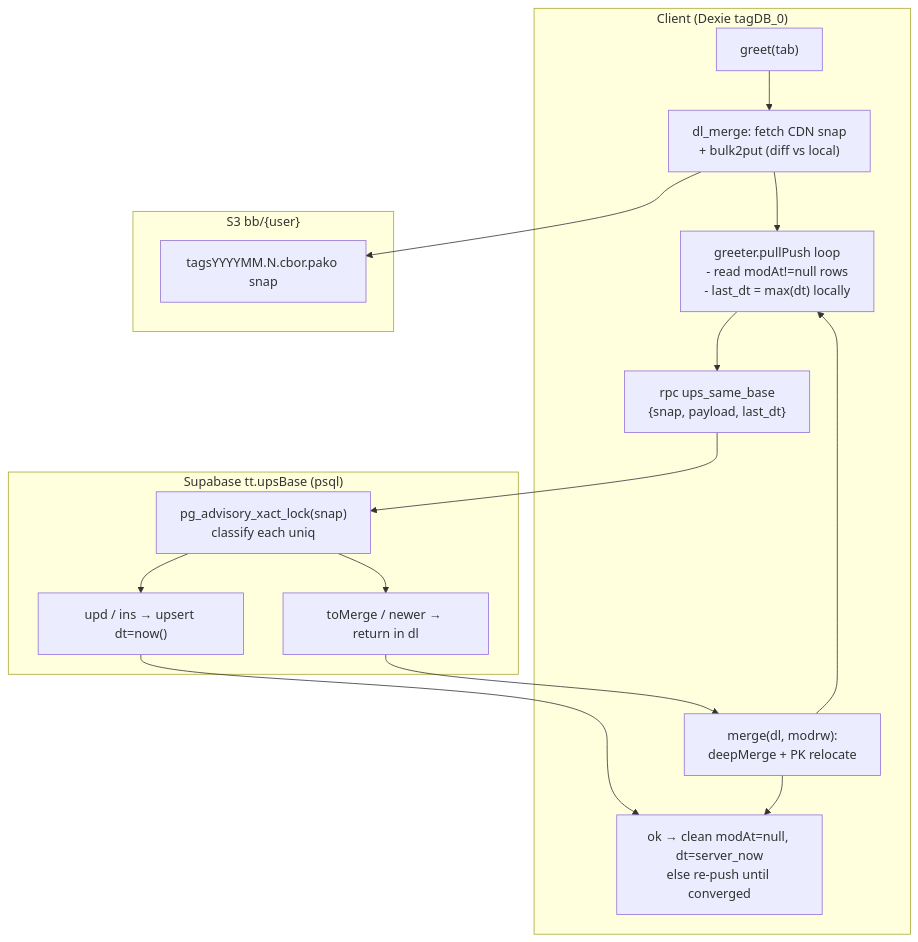
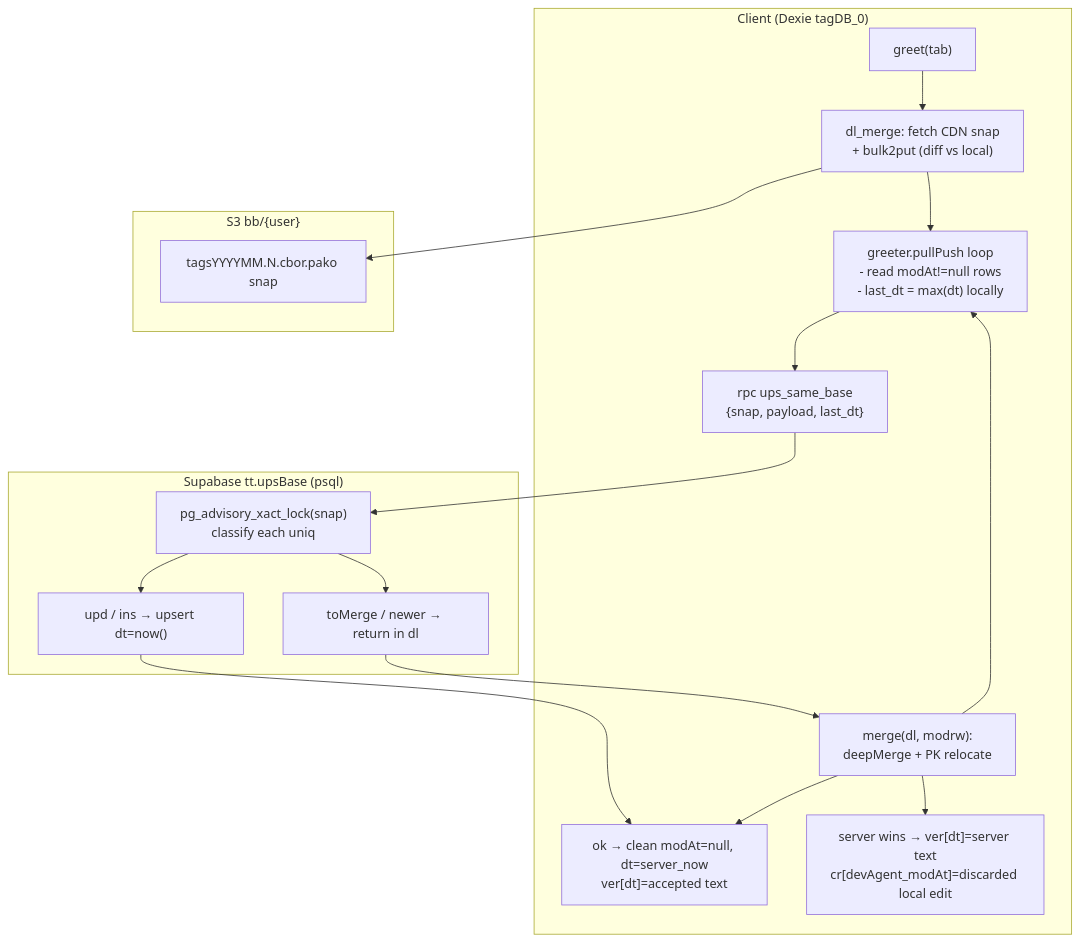
One commit to wasoko/xbb changed the first of 6 diagrams in docs/greet.md. Above: the diagram before and after it, drawn with Mermaid. The commit also changed other lines of this file and 24 other files, not shown here.

````diff
--- a/docs/greet.md
+++ b/docs/greet.md
@@ -19,24 +22,26 @@
 ```mermaid
 flowchart TD
     subgraph Client["Client (Dexie tagDB_0)"]
         A["greet(tab)"]
         B["dl_merge: fetch CDN snap<br/>+ bulk2put (diff vs local)"]
         C["greeter.pullPush loop<br/>- read modAt!=null rows<br/>- last_dt = max(dt) locally"]
         D["rpc ups_same_base<br/>{snap, payload, last_dt}"]
         E["merge(dl, modrw):<br/>deepMerge + PK relocate"]
-        F["ok → clean modAt=null, dt=server_now<br/>else re-push until converged"]
+        F["ok → clean modAt=null, dt=server_now<br/>ver[dt]=accepted text"]
+        K["server wins → ver[dt]=server text<br/>cr[devAgent_modAt]=discarded local edit"]
     end
     subgraph Server["Supabase tt.upsBase (psql)"]
         G["pg_advisory_xact_lock(snap)<br/>classify each uniq"]
         H["upd / ins → upsert dt=now()"]
         I["toMerge / newer → return in dl"]
     end
     subgraph CDN["S3 bb/{user}"]
         J["tagsYYYYMM.N.cbor.pako snap"]
     end
     A --> B --> J
     B --> C --> D --> G
     G --> H --> F
     G --> I --> E --> F
+    E --> K
     E --> C
 ```
````
